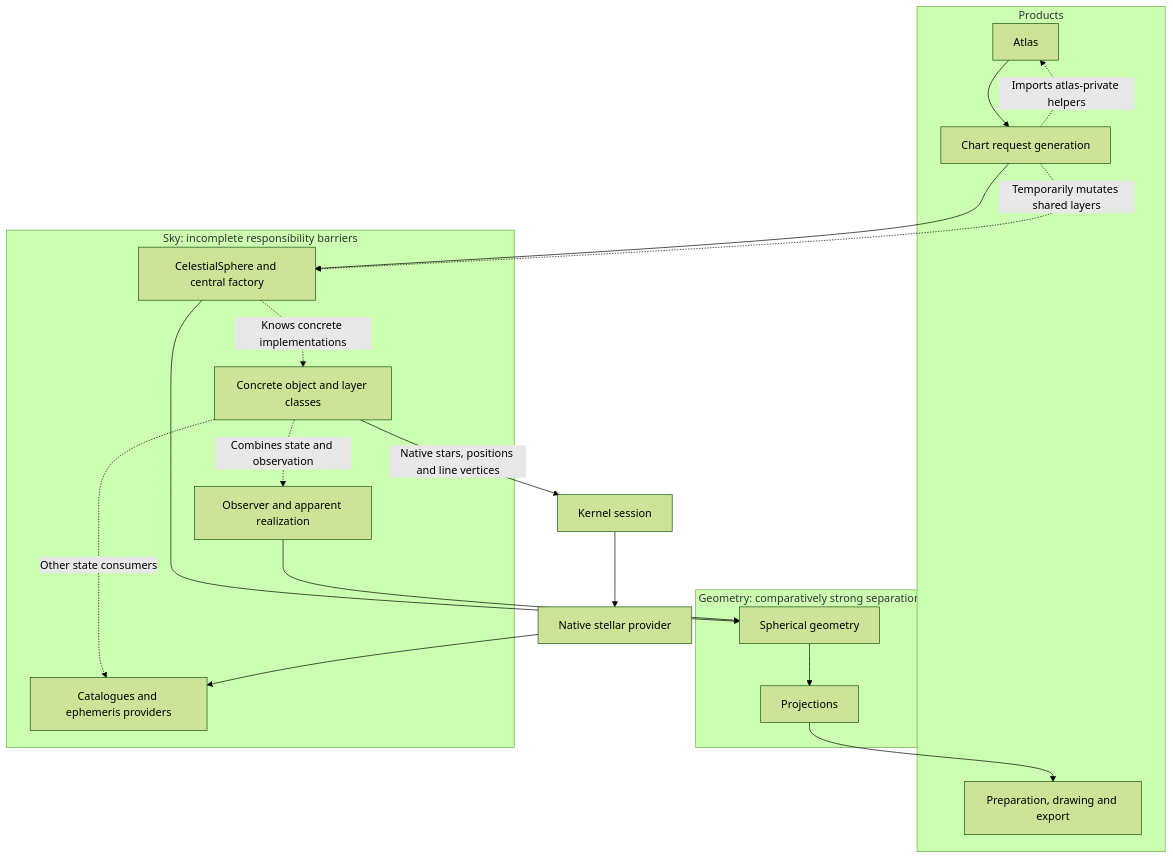
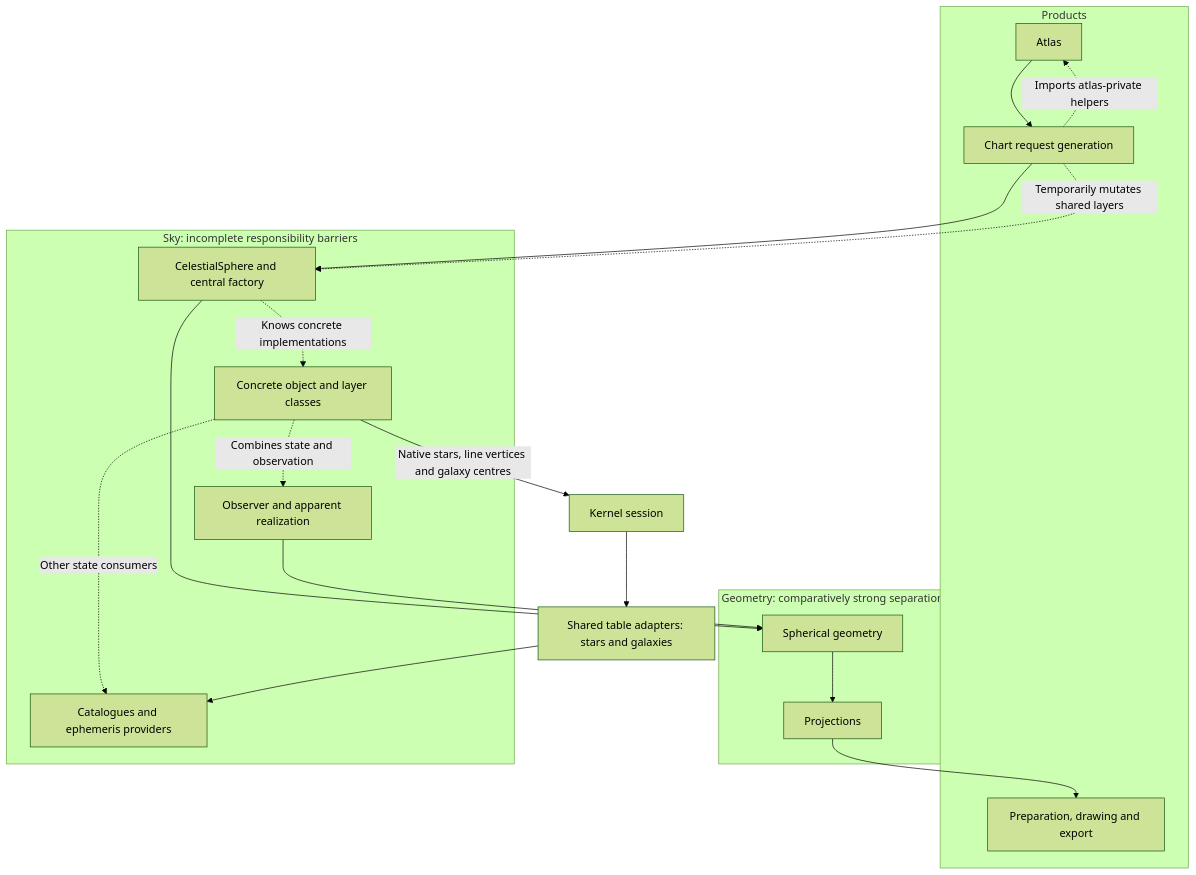
The first of 2 diagrams in docs/developer/kernel_roadmap_v0.9.5.md (fselman/wenu), drawn with Mermaid (forest theme) before and after one commit. The commit also changed other lines of this file and 20 other files, not shown here.

Commit message:
Route galaxy centres through shared catalogue direction providers

````diff
--- a/docs/developer/kernel_roadmap_v0.9.5.md
+++ b/docs/developer/kernel_roadmap_v0.9.5.md
@@ -110,32 +114,32 @@
 ```mermaid
 flowchart TB
     subgraph Products["Products"]
         A["Atlas"]
         C["Chart request generation"]
         R["Preparation, drawing and export"]
     end
     subgraph Geometry["Geometry: comparatively strong separation"]
         P["Projections"]
         G["Spherical geometry"]
     end
     subgraph Sky["Sky: incomplete responsibility barriers"]
         S["CelestialSphere and central factory"]
         L["Concrete object and layer classes"]
         O["Observer and apparent realization"]
         D["Catalogues and ephemeris providers"]
     end
     A --> C
     C -. "Imports atlas-private helpers" .-> A
     C --> S
     S --> G
     G --> P
     P --> R
     S -. "Knows concrete implementations" .-> L
     C -. "Temporarily mutates shared layers" .-> S
     L -. "Other state consumers" .-> D
-    L -->|"Native stars, positions and line vertices"| K["Kernel session"]
-    K --> N["Native stellar provider"]
+    L -->|"Native stars, line vertices and galaxy centres"| K["Kernel session"]
+    K --> N["Shared table adapters: stars and galaxies"]
     N --> D
     L -. "Combines state and observation" .-> O
     O --> G
 ```
````
